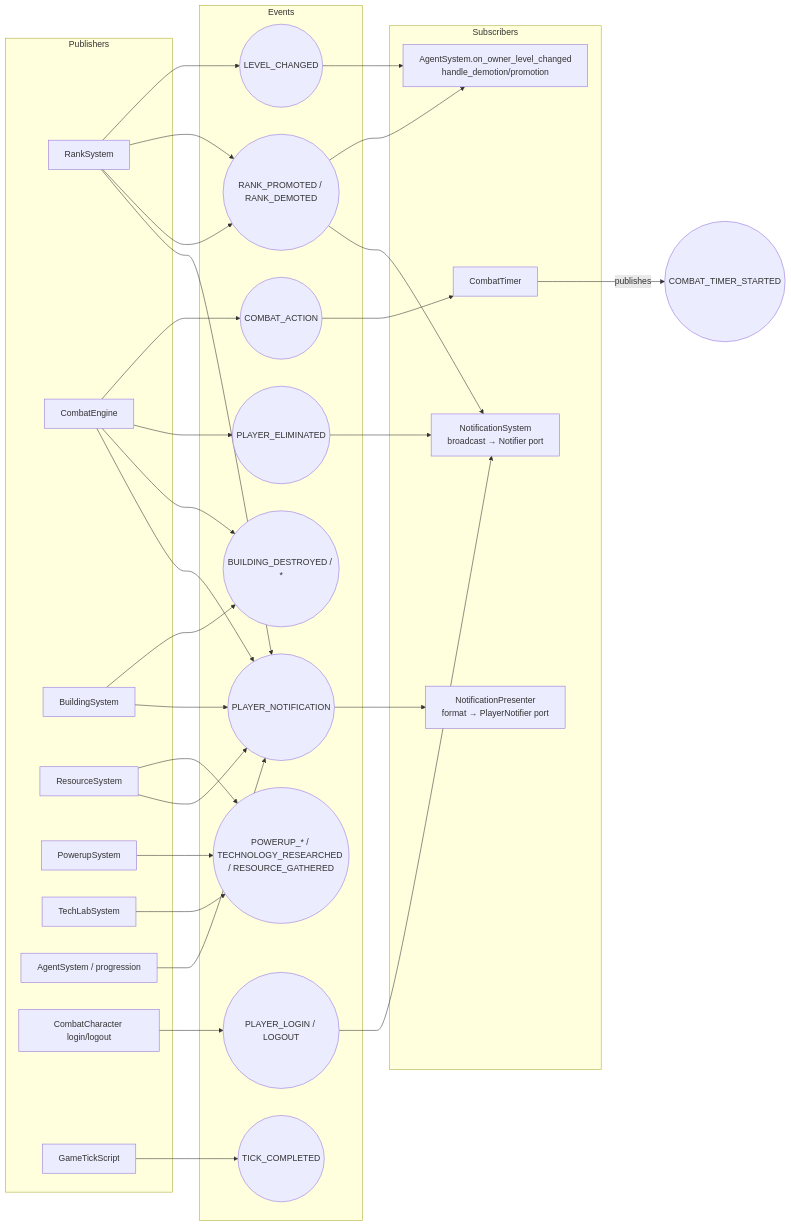
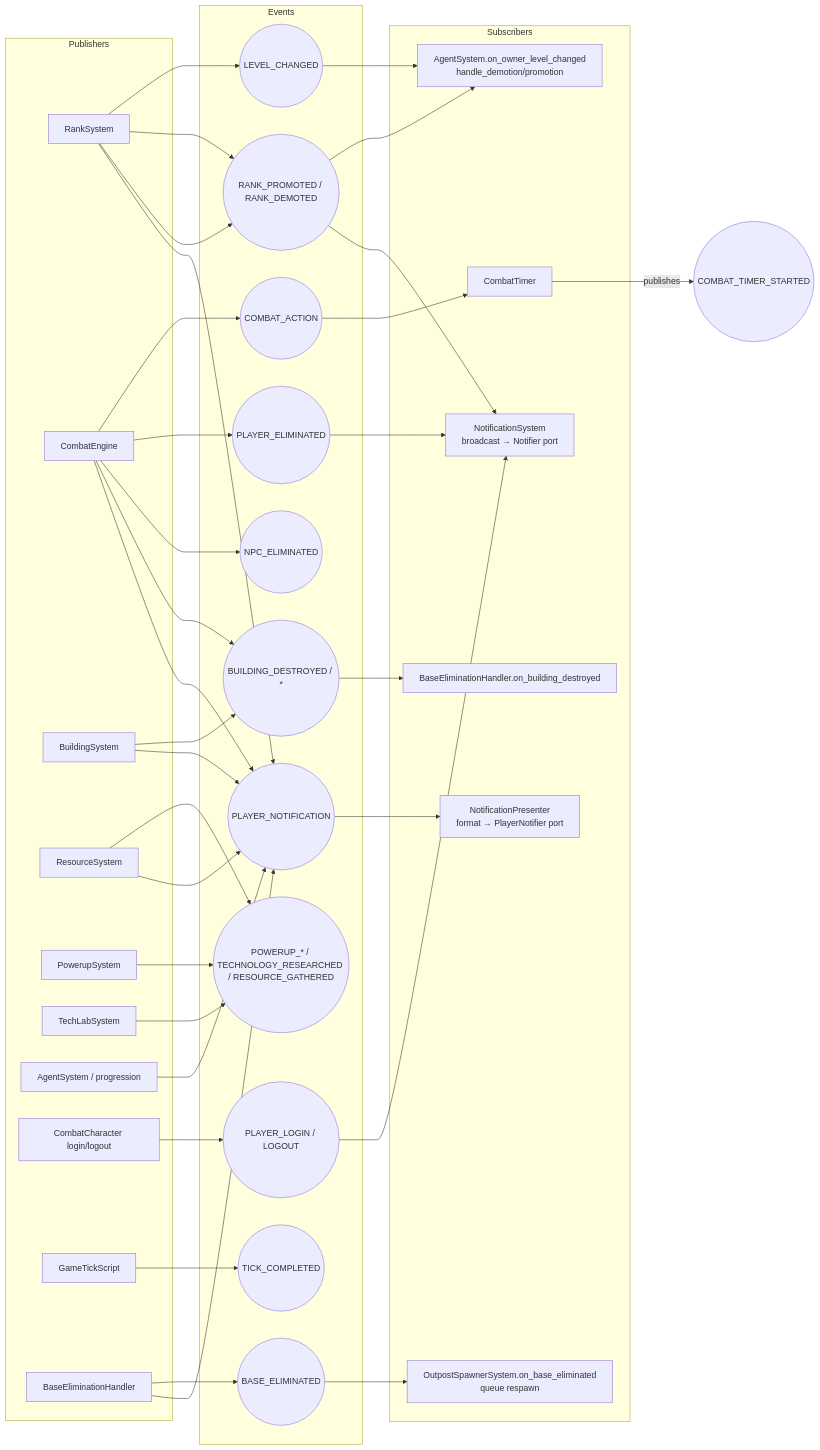
One commit to victorkhou/ProjectV changed the eighth of 13 diagrams in mygame/ARCHITECTURE.md. Above: the diagram before and after it, drawn with Mermaid. The commit also changed other lines of this file, not shown here.

First line of the commit message:
docs(architecture): document the PvE NPC-bases feature

````diff
--- a/mygame/ARCHITECTURE.md
+++ b/mygame/ARCHITECTURE.md
@@ -436,52 +513,61 @@
 ```mermaid
 graph LR
     subgraph Publishers
         RANK[RankSystem]
         COMBAT[CombatEngine]
         BLD[BuildingSystem]
         RES[ResourceSystem]
         PWR[PowerupSystem]
         TECH[TechLabSystem]
         AGT[AgentSystem / progression]
         CHAR[CombatCharacter login/logout]
         TICK[GameTickScript]
+        ELIM[BaseEliminationHandler]
     end
 
     subgraph Events
         e1((LEVEL_CHANGED))
         e2((RANK_PROMOTED / RANK_DEMOTED))
         e3((COMBAT_ACTION))
         e4((PLAYER_ELIMINATED))
+        e4b((NPC_ELIMINATED))
         e5((BUILDING_DESTROYED / *))
+        e5b((BASE_ELIMINATED))
         e6((PLAYER_LOGIN / LOGOUT))
         e7((POWERUP_* / TECHNOLOGY_RESEARCHED / RESOURCE_GATHERED))
         e8((TICK_COMPLETED))
         e9((PLAYER_NOTIFICATION))
     end
 
     subgraph Subscribers
         AGENT[AgentSystem.on_owner_level_changed<br/>handle_demotion/promotion]
         NOTIF[NotificationSystem<br/>broadcast → Notifier port]
         PRES[NotificationPresenter<br/>format → PlayerNotifier port]
         CT[CombatTimer]
+        ELIMS[BaseEliminationHandler.on_building_destroyed]
+        SPAWN[OutpostSpawnerSystem.on_base_eliminated<br/>queue respawn]
     end
 
     RANK --> e1 --> AGENT
     RANK --> e2 --> AGENT
     RANK --> e2 --> NOTIF
     COMBAT --> e3 --> CT
     COMBAT --> e4 --> NOTIF
+    COMBAT --> e4b
     COMBAT --> e5
     BLD --> e5
+    e5 --> ELIMS
+    ELIM --> e5b --> SPAWN
     CHAR --> e6 --> NOTIF
     RES --> e7
     PWR --> e7
     TECH --> e7
     TICK --> e8
     RANK --> e9 --> PRES
     COMBAT --> e9
     BLD --> e9
     RES --> e9
     AGT --> e9
+    ELIM --> e9
     CT -->|publishes| CTS((COMBAT_TIMER_STARTED))
 ```
````
